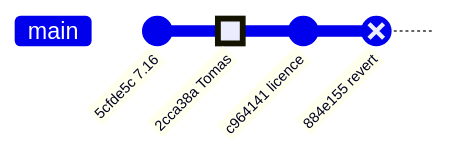
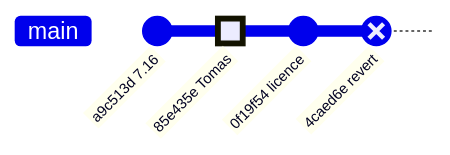
The second of 4 diagrams in lectures/workbook/docs/seminars/seminar_05.md (MindaugasSarpis/CERN_lessons_on_data_analysis), drawn with Mermaid before and after one commit. The commit also changed other lines of this file and 34 other files, not shown here.

````diff
--- a/lectures/workbook/docs/seminars/seminar_05.md
+++ b/lectures/workbook/docs/seminars/seminar_05.md
@@ -459,7 +452,7 @@
     ```mermaid
     gitGraph
-      commit id: "5cfde5c 7.16"
-      commit id: "2cca38a Tomas" type: HIGHLIGHT
-      commit id: "c964141 licence"
-      commit id: "884e155 revert" type: REVERSE
+      commit id: "a9c513d 7.16"
+      commit id: "85e435e Tomas" type: HIGHLIGHT
+      commit id: "0f19f54 licence"
+      commit id: "4caed6e revert" type: REVERSE
     ```
````
